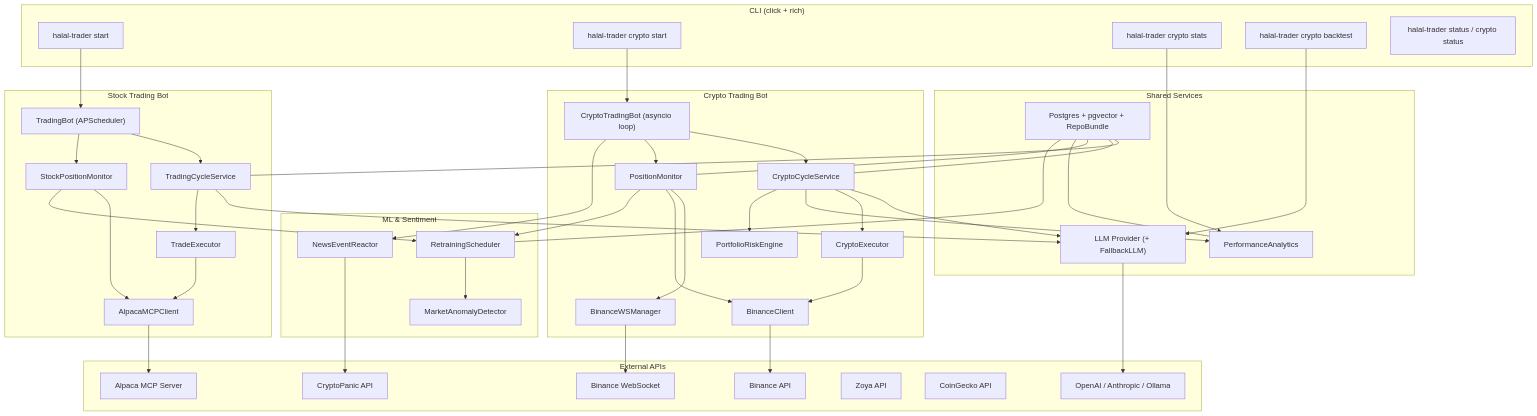
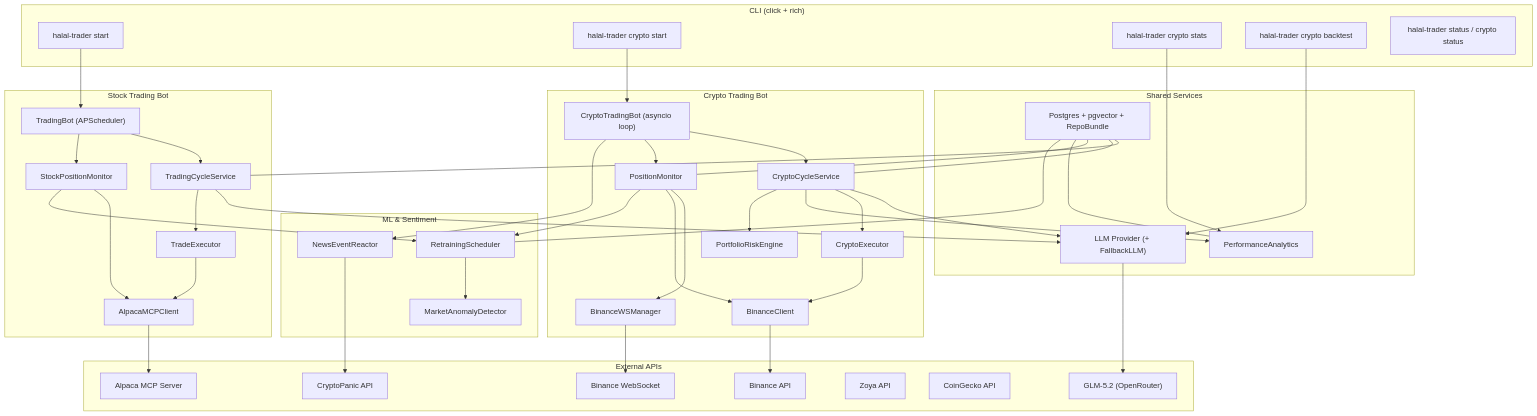
The first of 5 diagrams in docs/ARCHITECTURE.md (lanterno/tradeHalalLLM), drawn with Mermaid before and after one commit. The commit also changed other lines of this file and 56 other files, not shown here.

```diff
--- a/docs/ARCHITECTURE.md
+++ b/docs/ARCHITECTURE.md
@@ -50,7 +50,7 @@
         Alpaca["Alpaca MCP Server"]
         Binance["Binance API"]
         BinanceWS["Binance WebSocket"]
-        OpenAI["OpenAI / Anthropic / Ollama"]
+        GLM["GLM-5.2 (OpenRouter)"]
         Zoya["Zoya API"]
         CoinGecko["CoinGecko API"]
         CryptoPanic["CryptoPanic API"]
@@ -86,7 +86,7 @@
     WSManager --> BinanceWS
     NewsReactor --> CryptoPanic
 
-    LLM --> OpenAI
+    LLM --> GLM
     DB --- StockCycle
     DB --- CryptoCycle
     DB --- Monitor
```
